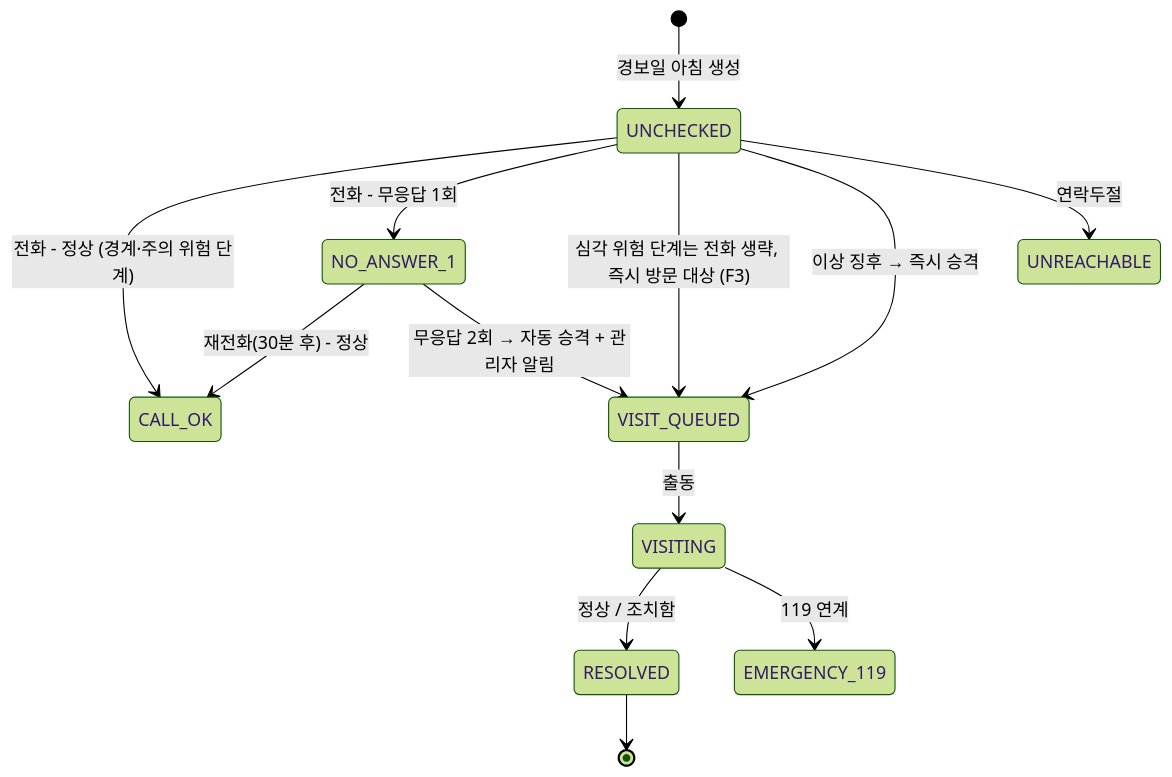
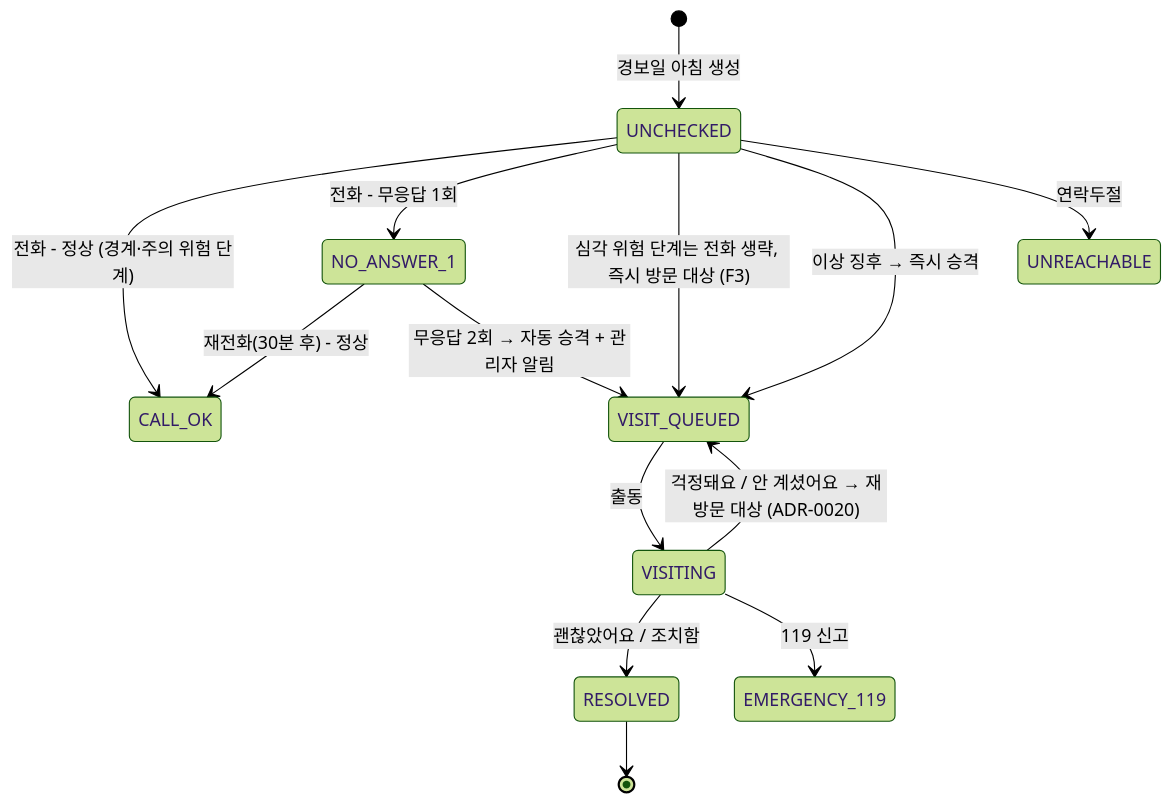
Before and after one commit to NO-TOKEN-NO-WORK/this-house-first: the third of 3 diagrams in docs/architecture.md, drawn with Mermaid (forest theme). The commit also changed other lines of this file and 22 other files, not shown here.

````diff
--- a/docs/architecture.md
+++ b/docs/architecture.md
@@ -117,15 +117,16 @@
 ```mermaid
 stateDiagram-v2
     [*] --> UNCHECKED : 경보일 아침 생성
     UNCHECKED --> CALL_OK : 전화 - 정상 (경계·주의 위험 단계)
     UNCHECKED --> NO_ANSWER_1 : 전화 - 무응답 1회
     UNCHECKED --> VISIT_QUEUED : 심각 위험 단계는 전화 생략, 즉시 방문 대상 (F3)
     NO_ANSWER_1 --> CALL_OK : 재전화(30분 후) - 정상
     NO_ANSWER_1 --> VISIT_QUEUED : 무응답 2회 → 자동 승격 + 관리자 알림
     UNCHECKED --> VISIT_QUEUED : 이상 징후 → 즉시 승격
     UNCHECKED --> UNREACHABLE : 연락두절
     VISIT_QUEUED --> VISITING : 출동
-    VISITING --> RESOLVED : 정상 / 조치함
-    VISITING --> EMERGENCY_119 : 119 연계
+    VISITING --> RESOLVED : 괜찮았어요 / 조치함
+    VISITING --> EMERGENCY_119 : 119 신고
+    VISITING --> VISIT_QUEUED : 걱정돼요 / 안 계셨어요 → 재방문 대상 (ADR-0020)
     RESOLVED --> [*]
 ```
````
